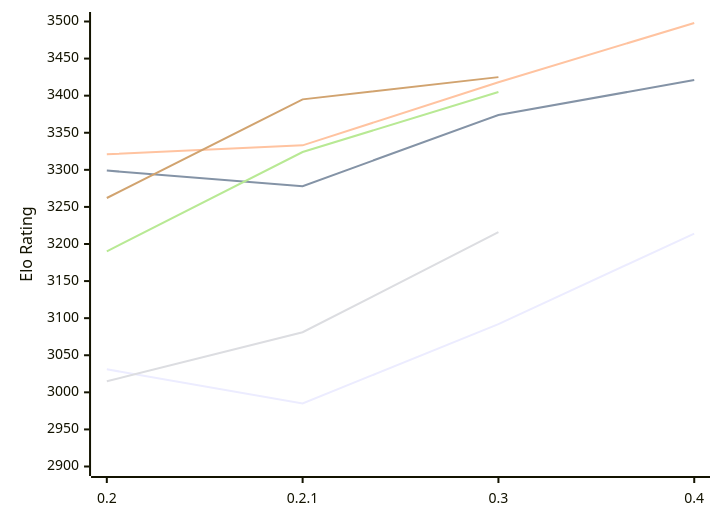
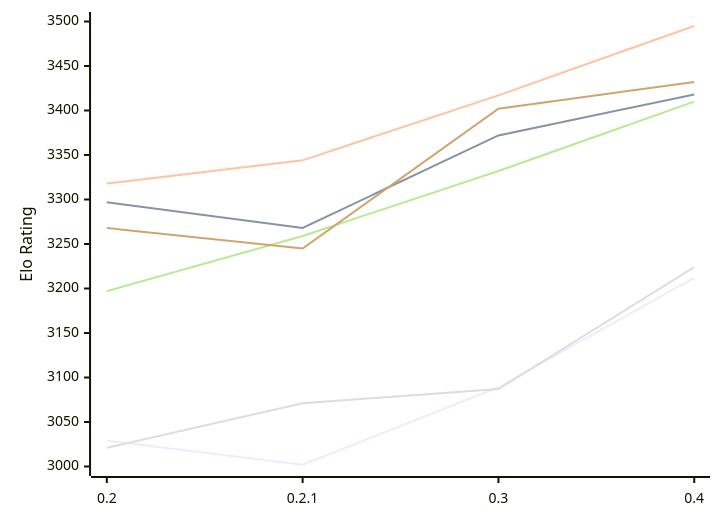
One commit to computer-chess-index/cci changed the diagram in engines/StockDory.md. Above: the diagram before and after it, drawn with Mermaid. The commit also changed other lines of this file, not shown here.

Commit message:
Update CCI Ratings (ELO VLTC) - 2026-11-23

````diff
--- a/engines/StockDory.md
+++ b/engines/StockDory.md
@@ -52,12 +53,12 @@
 ```mermaid
 %%{init: {"theme":"base","themeVariables":{"seriesColors:['#a3a3a3','#222221','#faa371']}}}%%
 xychart-beta
   x-axis ["0.2", "0.2.1", "0.3", "0.4"]
-  y-axis "Elo Rating" 2900 --> 3500
-  line "E1: STC (8.0+0.08s)" [3031, 2985, 3092, 3214]
-  line "E1: LTC (60.0+0.60s)" [3299, 3278, 3374, 3421]
-  line "E1: VLTC (2m24s+1.12s)" [3321, 3333, 3418, 3498]
-  line "P1: STC (8.0+0.08s)" [3015, 3081, 3216]
-  line "P1: LTC (60.0+0.60s)" [3190, 3324, 3405]
-  line "P1: VLTC (2m24s+1.12s)" [3262, 3395, 3425]
+  y-axis "Elo Rating" 3000 --> 3500
+  line "E1: STC (8.0+0.08s)" [3029, 3002, 3089, 3212]
+  line "E1: LTC (60.0+0.60s)" [3297, 3268, 3372, 3418]
+  line "E1: VLTC (2m24s+1.12s)" [3318, 3344, 3417, 3495]
+  line "P1: STC (8.0+0.08s)" [3021, 3071, 3087, 3224]
+  line "P1: LTC (60.0+0.60s)" [3197, 3259, 3332, 3410]
+  line "P1: VLTC (2m24s+1.12s)" [3268, 3245, 3402, 3432]
 ```
````
